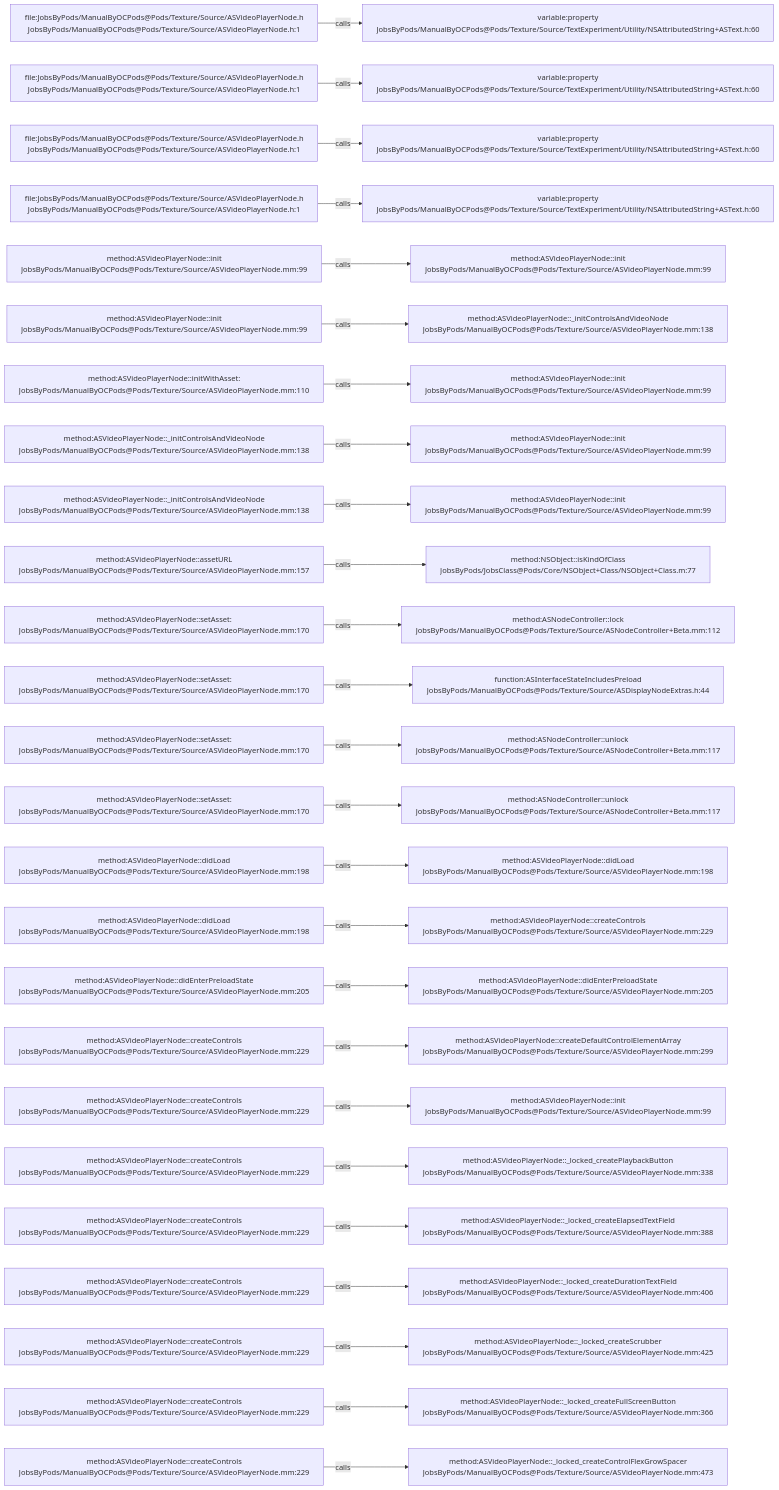
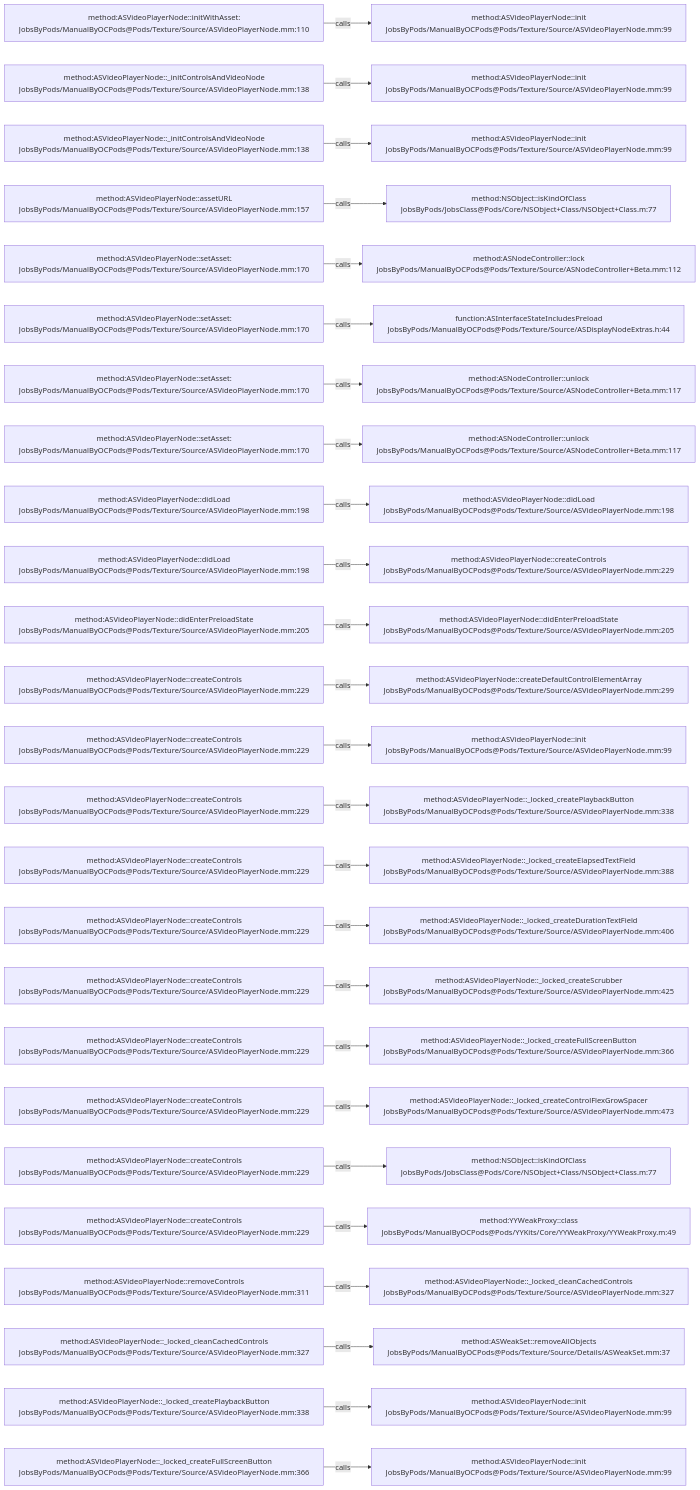
Before and after one commit to JobsKits/JobsOCBaseConfigDemo: the diagram in .codegraph/codegraph.md/graphs/calls-137.md, drawn with Mermaid. The commit also changed 666 other files, not shown here.

````diff
--- a/.codegraph/codegraph.md/graphs/calls-137.md
+++ b/.codegraph/codegraph.md/graphs/calls-137.md
@@ -13,78 +13,78 @@
 ```mermaid
 flowchart LR
-  S1["file:JobsByPods/ManualByOCPods@Pods/Texture/Source/ASVideoPlayerNode.h<br/>JobsByPods/ManualByOCPods@Pods/Texture/Source/ASVideoPlayerNode.h:1"]
-  T1["variable:property<br/>JobsByPods/ManualByOCPods@Pods/Texture/Source/TextExperiment/Utility/NSAttributedString+ASText.h:60"]
+  S1["method:ASVideoPlayerNode::initWithAsset:<br/>JobsByPods/ManualByOCPods@Pods/Texture/Source/ASVideoPlayerNode.mm:110"]
+  T1["method:ASVideoPlayerNode::init<br/>JobsByPods/ManualByOCPods@Pods/Texture/Source/ASVideoPlayerNode.mm:99"]
   S1 -->|calls| T1
-  S2["file:JobsByPods/ManualByOCPods@Pods/Texture/Source/ASVideoPlayerNode.h<br/>JobsByPods/ManualByOCPods@Pods/Texture/Source/ASVideoPlayerNode.h:1"]
-  T2["variable:property<br/>JobsByPods/ManualByOCPods@Pods/Texture/Source/TextExperiment/Utility/NSAttributedString+ASText.h:60"]
+  S2["method:ASVideoPlayerNode::_initControlsAndVideoNode<br/>JobsByPods/ManualByOCPods@Pods/Texture/Source/ASVideoPlayerNode.mm:138"]
+  T2["method:ASVideoPlayerNode::init<br/>JobsByPods/ManualByOCPods@Pods/Texture/Source/ASVideoPlayerNode.mm:99"]
   S2 -->|calls| T2
-  S3["file:JobsByPods/ManualByOCPods@Pods/Texture/Source/ASVideoPlayerNode.h<br/>JobsByPods/ManualByOCPods@Pods/Texture/Source/ASVideoPlayerNode.h:1"]
-  T3["variable:property<br/>JobsByPods/ManualByOCPods@Pods/Texture/Source/TextExperiment/Utility/NSAttributedString+ASText.h:60"]
+  S3["method:ASVideoPlayerNode::_initControlsAndVideoNode<br/>JobsByPods/ManualByOCPods@Pods/Texture/Source/ASVideoPlayerNode.mm:138"]
+  T3["method:ASVideoPlayerNode::init<br/>JobsByPods/ManualByOCPods@Pods/Texture/Source/ASVideoPlayerNode.mm:99"]
   S3 -->|calls| T3
-  S4["file:JobsByPods/ManualByOCPods@Pods/Texture/Source/ASVideoPlayerNode.h<br/>JobsByPods/ManualByOCPods@Pods/Texture/Source/ASVideoPlayerNode.h:1"]
-  T4["variable:property<br/>JobsByPods/ManualByOCPods@Pods/Texture/Source/TextExperiment/Utility/NSAttributedString+ASText.h:60"]
+  S4["method:ASVideoPlayerNode::assetURL<br/>JobsByPods/ManualByOCPods@Pods/Texture/Source/ASVideoPlayerNode.mm:157"]
+  T4["method:NSObject::isKindOfClass<br/>JobsByPods/JobsClass@Pods/Core/NSObject+Class/NSObject+Class.m:77"]
   S4 -->|calls| T4
-  S5["method:ASVideoPlayerNode::init<br/>JobsByPods/ManualByOCPods@Pods/Texture/Source/ASVideoPlayerNode.mm:99"]
-  T5["method:ASVideoPlayerNode::init<br/>JobsByPods/ManualByOCPods@Pods/Texture/Source/ASVideoPlayerNode.mm:99"]
+  S5["method:ASVideoPlayerNode::setAsset:<br/>JobsByPods/ManualByOCPods@Pods/Texture/Source/ASVideoPlayerNode.mm:170"]
+  T5["method:ASNodeController::lock<br/>JobsByPods/ManualByOCPods@Pods/Texture/Source/ASNodeController+Beta.mm:112"]
   S5 -->|calls| T5
-  S6["method:ASVideoPlayerNode::init<br/>JobsByPods/ManualByOCPods@Pods/Texture/Source/ASVideoPlayerNode.mm:99"]
-  T6["method:ASVideoPlayerNode::_initControlsAndVideoNode<br/>JobsByPods/ManualByOCPods@Pods/Texture/Source/ASVideoPlayerNode.mm:138"]
+  S6["method:ASVideoPlayerNode::setAsset:<br/>JobsByPods/ManualByOCPods@Pods/Texture/Source/ASVideoPlayerNode.mm:170"]
+  T6["function:ASInterfaceStateIncludesPreload<br/>JobsByPods/ManualByOCPods@Pods/Texture/Source/ASDisplayNodeExtras.h:44"]
   S6 -->|calls| T6
-  S7["method:ASVideoPlayerNode::initWithAsset:<br/>JobsByPods/ManualByOCPods@Pods/Texture/Source/ASVideoPlayerNode.mm:110"]
-  T7["method:ASVideoPlayerNode::init<br/>JobsByPods/ManualByOCPods@Pods/Texture/Source/ASVideoPlayerNode.mm:99"]
+  S7["method:ASVideoPlayerNode::setAsset:<br/>JobsByPods/ManualByOCPods@Pods/Texture/Source/ASVideoPlayerNode.mm:170"]
+  T7["method:ASNodeController::unlock<br/>JobsByPods/ManualByOCPods@Pods/Texture/Source/ASNodeController+Beta.mm:117"]
   S7 -->|calls| T7
-  S8["method:ASVideoPlayerNode::_initControlsAndVideoNode<br/>JobsByPods/ManualByOCPods@Pods/Texture/Source/ASVideoPlayerNode.mm:138"]
-  T8["method:ASVideoPlayerNode::init<br/>JobsByPods/ManualByOCPods@Pods/Texture/Source/ASVideoPlayerNode.mm:99"]
+  S8["method:ASVideoPlayerNode::setAsset:<br/>JobsByPods/ManualByOCPods@Pods/Texture/Source/ASVideoPlayerNode.mm:170"]
+  T8["method:ASNodeController::unlock<br/>JobsByPods/ManualByOCPods@Pods/Texture/Source/ASNodeController+Beta.mm:117"]
   S8 -->|calls| T8
-  S9["method:ASVideoPlayerNode::_initControlsAndVideoNode<br/>JobsByPods/ManualByOCPods@Pods/Texture/Source/ASVideoPlayerNode.mm:138"]
-  T9["method:ASVideoPlayerNode::init<br/>JobsByPods/ManualByOCPods@Pods/Texture/Source/ASVideoPlayerNode.mm:99"]
+  S9["method:ASVideoPlayerNode::didLoad<br/>JobsByPods/ManualByOCPods@Pods/Texture/Source/ASVideoPlayerNode.mm:198"]
+  T9["method:ASVideoPlayerNode::didLoad<br/>JobsByPods/ManualByOCPods@Pods/Texture/Source/ASVideoPlayerNode.mm:198"]
   S9 -->|calls| T9
-  S10["method:ASVideoPlayerNode::assetURL<br/>JobsByPods/ManualByOCPods@Pods/Texture/Source/ASVideoPlayerNode.mm:157"]
-  T10["method:NSObject::isKindOfClass<br/>JobsByPods/JobsClass@Pods/Core/NSObject+Class/NSObject+Class.m:77"]
+  S10["method:ASVideoPlayerNode::didLoad<br/>JobsByPods/ManualByOCPods@Pods/Texture/Source/ASVideoPlayerNode.mm:198"]
+  T10["method:ASVideoPlayerNode::createControls<br/>JobsByPods/ManualByOCPods@Pods/Texture/Source/ASVideoPlayerNode.mm:229"]
   S10 -->|calls| T10
-  S11["method:ASVideoPlayerNode::setAsset:<br/>JobsByPods/ManualByOCPods@Pods/Texture/Source/ASVideoPlayerNode.mm:170"]
-  T11["method:ASNodeController::lock<br/>JobsByPods/ManualByOCPods@Pods/Texture/Source/ASNodeController+Beta.mm:112"]
+  S11["method:ASVideoPlayerNode::didEnterPreloadState<br/>JobsByPods/ManualByOCPods@Pods/Texture/Source/ASVideoPlayerNode.mm:205"]
+  T11["method:ASVideoPlayerNode::didEnterPreloadState<br/>JobsByPods/ManualByOCPods@Pods/Texture/Source/ASVideoPlayerNode.mm:205"]
   S11 -->|calls| T11
-  S12["method:ASVideoPlayerNode::setAsset:<br/>JobsByPods/ManualByOCPods@Pods/Texture/Source/ASVideoPlayerNode.mm:170"]
-  T12["function:ASInterfaceStateIncludesPreload<br/>JobsByPods/ManualByOCPods@Pods/Texture/Source/ASDisplayNodeExtras.h:44"]
+  S12["method:ASVideoPlayerNode::createControls<br/>JobsByPods/ManualByOCPods@Pods/Texture/Source/ASVideoPlayerNode.mm:229"]
+  T12["method:ASVideoPlayerNode::createDefaultControlElementArray<br/>JobsByPods/ManualByOCPods@Pods/Texture/Source/ASVideoPlayerNode.mm:299"]
   S12 -->|calls| T12
-  S13["method:ASVideoPlayerNode::setAsset:<br/>JobsByPods/ManualByOCPods@Pods/Texture/Source/ASVideoPlayerNode.mm:170"]
-  T13["method:ASNodeController::unlock<br/>JobsByPods/ManualByOCPods@Pods/Texture/Source/ASNodeController+Beta.mm:117"]
+  S13["method:ASVideoPlayerNode::createControls<br/>JobsByPods/ManualByOCPods@Pods/Texture/Source/ASVideoPlayerNode.mm:229"]
+  T13["method:ASVideoPlayerNode::init<br/>JobsByPods/ManualByOCPods@Pods/Texture/Source/ASVideoPlayerNode.mm:99"]
   S13 -->|calls| T13
-  S14["method:ASVideoPlayerNode::setAsset:<br/>JobsByPods/ManualByOCPods@Pods/Texture/Source/ASVideoPlayerNode.mm:170"]
-  T14["method:ASNodeController::unlock<br/>JobsByPods/ManualByOCPods@Pods/Texture/Source/ASNodeController+Beta.mm:117"]
+  S14["method:ASVideoPlayerNode::createControls<br/>JobsByPods/ManualByOCPods@Pods/Texture/Source/ASVideoPlayerNode.mm:229"]
+  T14["method:ASVideoPlayerNode::_locked_createPlaybackButton<br/>JobsByPods/ManualByOCPods@Pods/Texture/Source/ASVideoPlayerNode.mm:338"]
   S14 -->|calls| T14
-  S15["method:ASVideoPlayerNode::didLoad<br/>JobsByPods/ManualByOCPods@Pods/Texture/Source/ASVideoPlayerNode.mm:198"]
-  T15["method:ASVideoPlayerNode::didLoad<br/>JobsByPods/ManualByOCPods@Pods/Texture/Source/ASVideoPlayerNode.mm:198"]
+  S15["method:ASVideoPlayerNode::createControls<br/>JobsByPods/ManualByOCPods@Pods/Texture/Source/ASVideoPlayerNode.mm:229"]
+  T15["method:ASVideoPlayerNode::_locked_createElapsedTextField<br/>JobsByPods/ManualByOCPods@Pods/Texture/Source/ASVideoPlayerNode.mm:388"]
   S15 -->|calls| T15
-  S16["method:ASVideoPlayerNode::didLoad<br/>JobsByPods/ManualByOCPods@Pods/Texture/Source/ASVideoPlayerNode.mm:198"]
-  T16["method:ASVideoPlayerNode::createControls<br/>JobsByPods/ManualByOCPods@Pods/Texture/Source/ASVideoPlayerNode.mm:229"]
+  S16["method:ASVideoPlayerNode::createControls<br/>JobsByPods/ManualByOCPods@Pods/Texture/Source/ASVideoPlayerNode.mm:229"]
+  T16["method:ASVideoPlayerNode::_locked_createDurationTextField<br/>JobsByPods/ManualByOCPods@Pods/Texture/Source/ASVideoPlayerNode.mm:406"]
   S16 -->|calls| T16
-  S17["method:ASVideoPlayerNode::didEnterPreloadState<br/>JobsByPods/ManualByOCPods@Pods/Texture/Source/ASVideoPlayerNode.mm:205"]
-  T17["method:ASVideoPlayerNode::didEnterPreloadState<br/>JobsByPods/ManualByOCPods@Pods/Texture/Source/ASVideoPlayerNode.mm:205"]
+  S17["method:ASVideoPlayerNode::createControls<br/>JobsByPods/ManualByOCPods@Pods/Texture/Source/ASVideoPlayerNode.mm:229"]
+  T17["method:ASVideoPlayerNode::_locked_createScrubber<br/>JobsByPods/ManualByOCPods@Pods/Texture/Source/ASVideoPlayerNode.mm:425"]
   S17 -->|calls| T17
   S18["method:ASVideoPlayerNode::createControls<br/>JobsByPods/ManualByOCPods@Pods/Texture/Source/ASVideoPlayerNode.mm:229"]
-  T18["method:ASVideoPlayerNode::createDefaultControlElementArray<br/>JobsByPods/ManualByOCPods@Pods/Texture/Source/ASVideoPlayerNode.mm:299"]
+  T18["method:ASVideoPlayerNode::_locked_createFullScreenButton<br/>JobsByPods/ManualByOCPods@Pods/Texture/Source/ASVideoPlayerNode.mm:366"]
   S18 -->|calls| T18
   S19["method:ASVideoPlayerNode::createControls<br/>JobsByPods/ManualByOCPods@Pods/Texture/Source/ASVideoPlayerNode.mm:229"]
-  T19["method:ASVideoPlayerNode::init<br/>JobsByPods/ManualByOCPods@Pods/Texture/Source/ASVideoPlayerNode.mm:99"]
+  T19["method:ASVideoPlayerNode::_locked_createControlFlexGrowSpacer<br/>JobsByPods/ManualByOCPods@Pods/Texture/Source/ASVideoPlayerNode.mm:473"]
   S19 -->|calls| T19
   S20["method:ASVideoPlayerNode::createControls<br/>JobsByPods/ManualByOCPods@Pods/Texture/Source/ASVideoPlayerNode.mm:229"]
-  T20["method:ASVideoPlayerNode::_locked_createPlaybackButton<br/>JobsByPods/ManualByOCPods@Pods/Texture/Source/ASVideoPlayerNode.mm:338"]
+  T20["method:NSObject::isKindOfClass<br/>JobsByPods/JobsClass@Pods/Core/NSObject+Class/NSObject+Class.m:77"]
   S20 -->|calls| T20
   S21["method:ASVideoPlayerNode::createControls<br/>JobsByPods/ManualByOCPods@Pods/Texture/Source/ASVideoPlayerNode.mm:229"]
-  T21["method:ASVideoPlayerNode::_locked_createElapsedTextField<br/>JobsByPods/ManualByOCPods@Pods/Texture/Source/ASVideoPlayerNode.mm:388"]
+  T21["method:YYWeakProxy::class<br/>JobsByPods/ManualByOCPods@Pods/YYKits/Core/YYWeakProxy/YYWeakProxy.m:49"]
   S21 -->|calls| T21
-  S22["method:ASVideoPlayerNode::createControls<br/>JobsByPods/ManualByOCPods@Pods/Texture/Source/ASVideoPlayerNode.mm:229"]
-  T22["method:ASVideoPlayerNode::_locked_createDurationTextField<br/>JobsByPods/ManualByOCPods@Pods/Texture/Source/ASVideoPlayerNode.mm:406"]
+  S22["method:ASVideoPlayerNode::removeControls<br/>JobsByPods/ManualByOCPods@Pods/Texture/Source/ASVideoPlayerNode.mm:311"]
+  T22["method:ASVideoPlayerNode::_locked_cleanCachedControls<br/>JobsByPods/ManualByOCPods@Pods/Texture/Source/ASVideoPlayerNode.mm:327"]
   S22 -->|calls| T22
-  S23["method:ASVideoPlayerNode::createControls<br/>JobsByPods/ManualByOCPods@Pods/Texture/Source/ASVideoPlayerNode.mm:229"]
-  T23["method:ASVideoPlayerNode::_locked_createScrubber<br/>JobsByPods/ManualByOCPods@Pods/Texture/Source/ASVideoPlayerNode.mm:425"]
+  S23["method:ASVideoPlayerNode::_locked_cleanCachedControls<br/>JobsByPods/ManualByOCPods@Pods/Texture/Source/ASVideoPlayerNode.mm:327"]
+  T23["method:ASWeakSet::removeAllObjects<br/>JobsByPods/ManualByOCPods@Pods/Texture/Source/Details/ASWeakSet.mm:37"]
   S23 -->|calls| T23
-  S24["method:ASVideoPlayerNode::createControls<br/>JobsByPods/ManualByOCPods@Pods/Texture/Source/ASVideoPlayerNode.mm:229"]
-  T24["method:ASVideoPlayerNode::_locked_createFullScreenButton<br/>JobsByPods/ManualByOCPods@Pods/Texture/Source/ASVideoPlayerNode.mm:366"]
+  S24["method:ASVideoPlayerNode::_locked_createPlaybackButton<br/>JobsByPods/ManualByOCPods@Pods/Texture/Source/ASVideoPlayerNode.mm:338"]
+  T24["method:ASVideoPlayerNode::init<br/>JobsByPods/ManualByOCPods@Pods/Texture/Source/ASVideoPlayerNode.mm:99"]
   S24 -->|calls| T24
-  S25["method:ASVideoPlayerNode::createControls<br/>JobsByPods/ManualByOCPods@Pods/Texture/Source/ASVideoPlayerNode.mm:229"]
-  T25["method:ASVideoPlayerNode::_locked_createControlFlexGrowSpacer<br/>JobsByPods/ManualByOCPods@Pods/Texture/Source/ASVideoPlayerNode.mm:473"]
+  S25["method:ASVideoPlayerNode::_locked_createFullScreenButton<br/>JobsByPods/ManualByOCPods@Pods/Texture/Source/ASVideoPlayerNode.mm:366"]
+  T25["method:ASVideoPlayerNode::init<br/>JobsByPods/ManualByOCPods@Pods/Texture/Source/ASVideoPlayerNode.mm:99"]
   S25 -->|calls| T25
 ```
````
